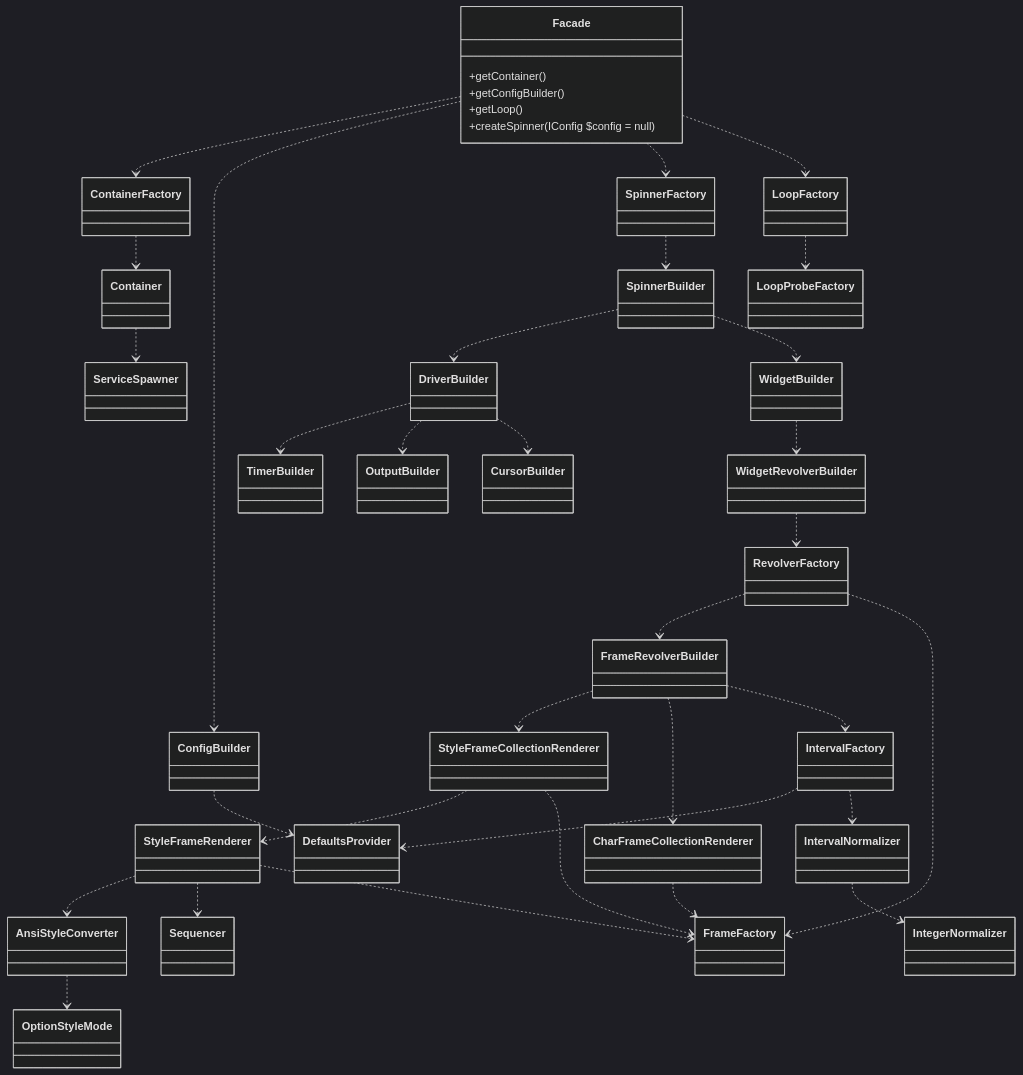
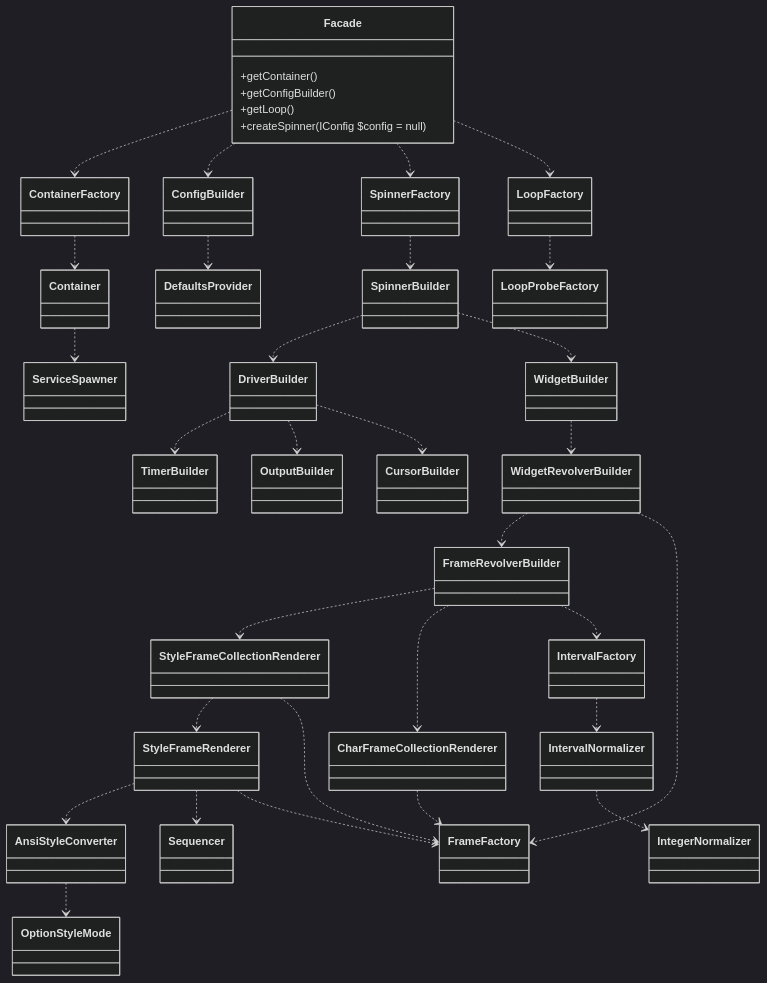
Before and after one commit to alecrabbit/php-console-spinner: the diagram in doc/info/hierarchy/services.md, drawn with Mermaid (dark theme). The commit also changed 6 other files, not shown here.

````diff
--- a/doc/info/hierarchy/services.md
+++ b/doc/info/hierarchy/services.md
@@ -3,63 +3,60 @@
 ```mermaid
 classDiagram
     direction TB
     Facade ..> ContainerFactory
     Facade ..> ConfigBuilder
     Facade ..> SpinnerFactory
     Facade ..> LoopFactory
     
     ContainerFactory ..> Container
     
     Container ..> ServiceSpawner
     
     class Facade {
         +getContainer()
         +getConfigBuilder()
         +getLoop()
         +createSpinner(IConfig $config = null)
     }
     
     SpinnerFactory ..> SpinnerBuilder
 
     ConfigBuilder ..> DefaultsProvider
 
     LoopFactory ..> LoopProbeFactory
     
     SpinnerBuilder ..> DriverBuilder
     SpinnerBuilder ..> WidgetBuilder
     
     DriverBuilder ..> TimerBuilder
     DriverBuilder ..> OutputBuilder
     DriverBuilder ..> CursorBuilder
     
     WidgetBuilder ..> WidgetRevolverBuilder
-    
-    WidgetRevolverBuilder ..> RevolverFactory
-    
-    RevolverFactory ..> FrameRevolverBuilder
-    RevolverFactory ..> FrameFactory
+     
+    WidgetRevolverBuilder ..> FrameRevolverBuilder
+    WidgetRevolverBuilder ..> FrameFactory
     
     FrameRevolverBuilder ..> StyleFrameCollectionRenderer
     FrameRevolverBuilder ..> CharFrameCollectionRenderer
     FrameRevolverBuilder ..> IntervalFactory
     
-    IntervalFactory ..> DefaultsProvider
     IntervalFactory ..> IntervalNormalizer
     
     IntervalNormalizer ..> IntegerNormalizer
     
     StyleFrameCollectionRenderer ..> StyleFrameRenderer
     StyleFrameCollectionRenderer ..> FrameFactory
     
     CharFrameCollectionRenderer ..> FrameFactory
     
     StyleFrameRenderer ..> AnsiStyleConverter
     StyleFrameRenderer ..> Sequencer
     StyleFrameRenderer ..> FrameFactory
     
     AnsiStyleConverter ..> OptionStyleMode
     
     
    
     
 ```
````
